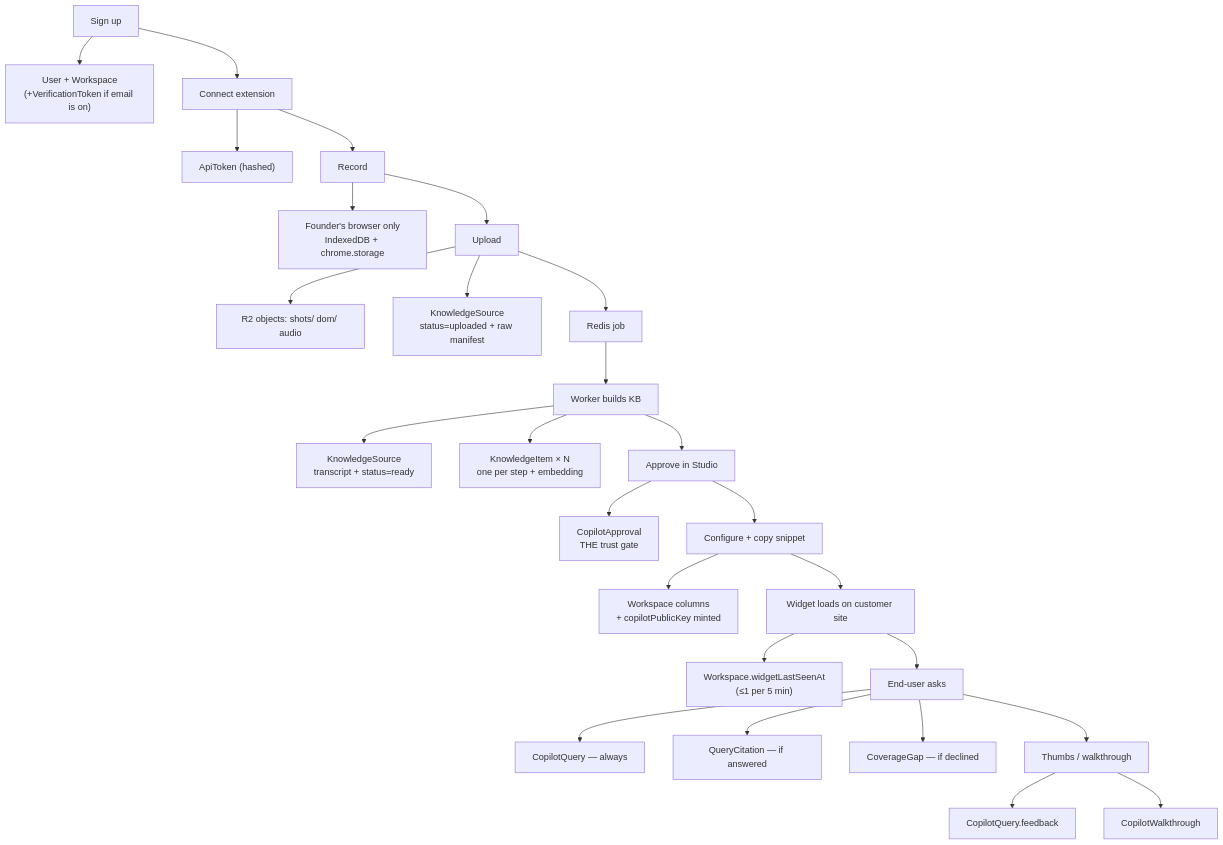
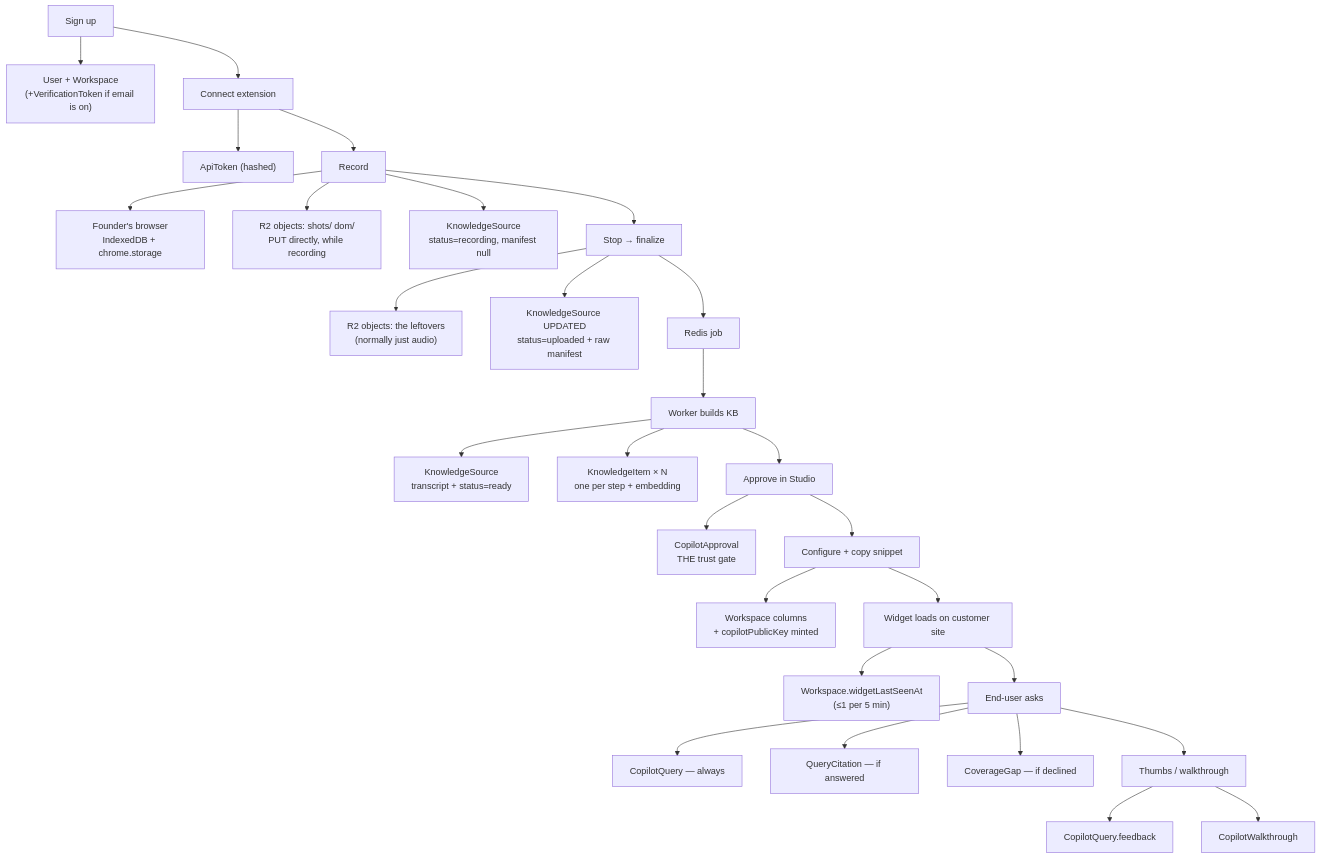
One commit to himanshu3553/flowbuddy changed the diagram in docs/internals/data-journey.md. Above: the diagram before and after it, drawn with Mermaid. The commit also changed other lines of this file and 32 other files, not shown here.

First line of the commit message:
fix(recorder): one recording, one identity — artifacts upload while you record

````diff
--- a/docs/internals/data-journey.md
+++ b/docs/internals/data-journey.md
@@ -426,28 +435,30 @@
 ```mermaid
 flowchart TD
     A["Sign up"] --> A1["User + Workspace<br/>(+VerificationToken if email is on)"]
     A --> B["Connect extension"]
     B --> B1["ApiToken (hashed)"]
     B --> C["Record"]
-    C --> C1["Founder's browser only<br/>IndexedDB + chrome.storage"]
-    C --> D["Upload"]
-    D --> D1["R2 objects: shots/ dom/ audio"]
-    D --> D2["KnowledgeSource<br/>status=uploaded + raw manifest"]
+    C --> C1["Founder's browser<br/>IndexedDB + chrome.storage"]
+    C --> C2["R2 objects: shots/ dom/<br/>PUT directly, while recording"]
+    C --> C3["KnowledgeSource<br/>status=recording, manifest null"]
+    C --> D["Stop → finalize"]
+    D --> D1["R2 objects: the leftovers<br/>(normally just audio)"]
+    D --> D2["KnowledgeSource UPDATED<br/>status=uploaded + raw manifest"]
     D --> D3["Redis job"]
     D3 --> E["Worker builds KB"]
     E --> E1["KnowledgeSource<br/>transcript + status=ready"]
     E --> E2["KnowledgeItem × N<br/>one per step + embedding"]
     E --> F["Approve in Studio"]
     F --> F1["CopilotApproval<br/>THE trust gate"]
     F --> G["Configure + copy snippet"]
     G --> G1["Workspace columns<br/>+ copilotPublicKey minted"]
     G --> H["Widget loads on customer site"]
     H --> H1["Workspace.widgetLastSeenAt<br/>(≤1 per 5 min)"]
     H --> I["End-user asks"]
     I --> I1["CopilotQuery — always"]
     I --> I2["QueryCitation — if answered"]
     I --> I3["CoverageGap — if declined"]
     I --> J["Thumbs / walkthrough"]
     J --> J1["CopilotQuery.feedback"]
     J --> J2["CopilotWalkthrough"]
 ```
````
